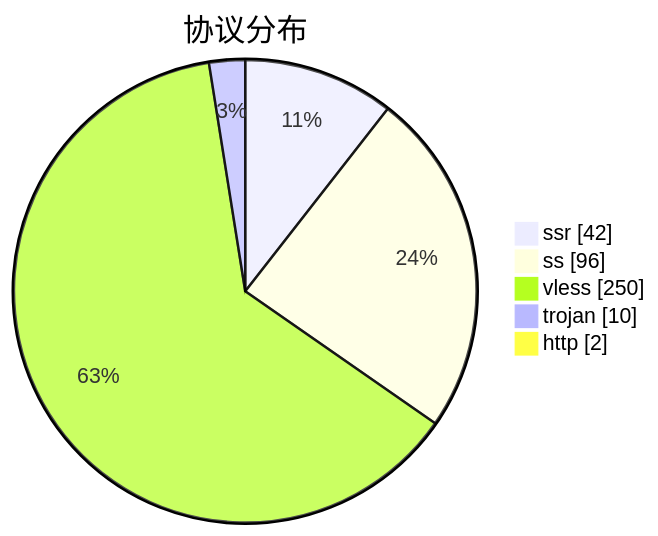
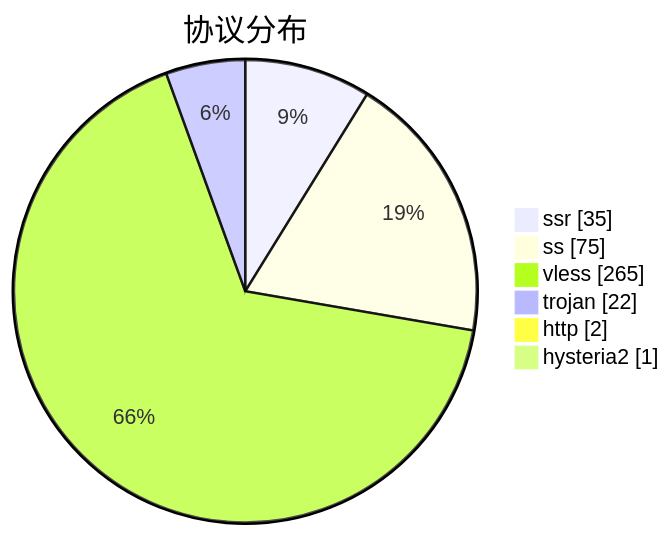
The third of 3 diagrams in subs/statistics/tested_within.md (qjlxg/airport), drawn with Mermaid before and after one commit. The commit also changed other lines of this file and 2 other files, not shown here.

````diff
--- a/subs/statistics/tested_within.md
+++ b/subs/statistics/tested_within.md
@@ -19,9 +20,10 @@
 ```mermaid
 pie showData
 title 协议分布
-"ssr" : 42
-"ss" : 96
-"vless" : 250
-"trojan" : 10
+"ssr" : 35
+"ss" : 75
+"vless" : 265
+"trojan" : 22
 "http" : 2
+"hysteria2" : 1
 ```
````
